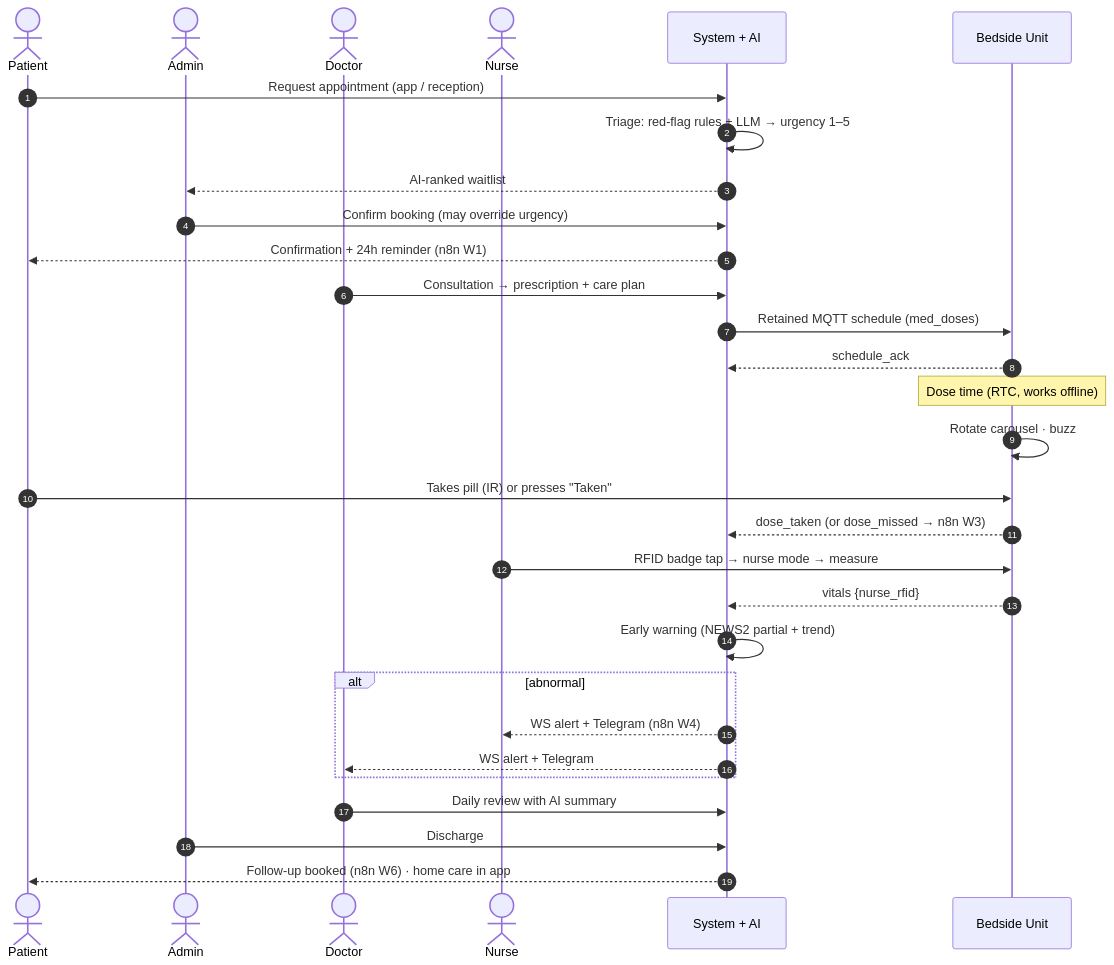
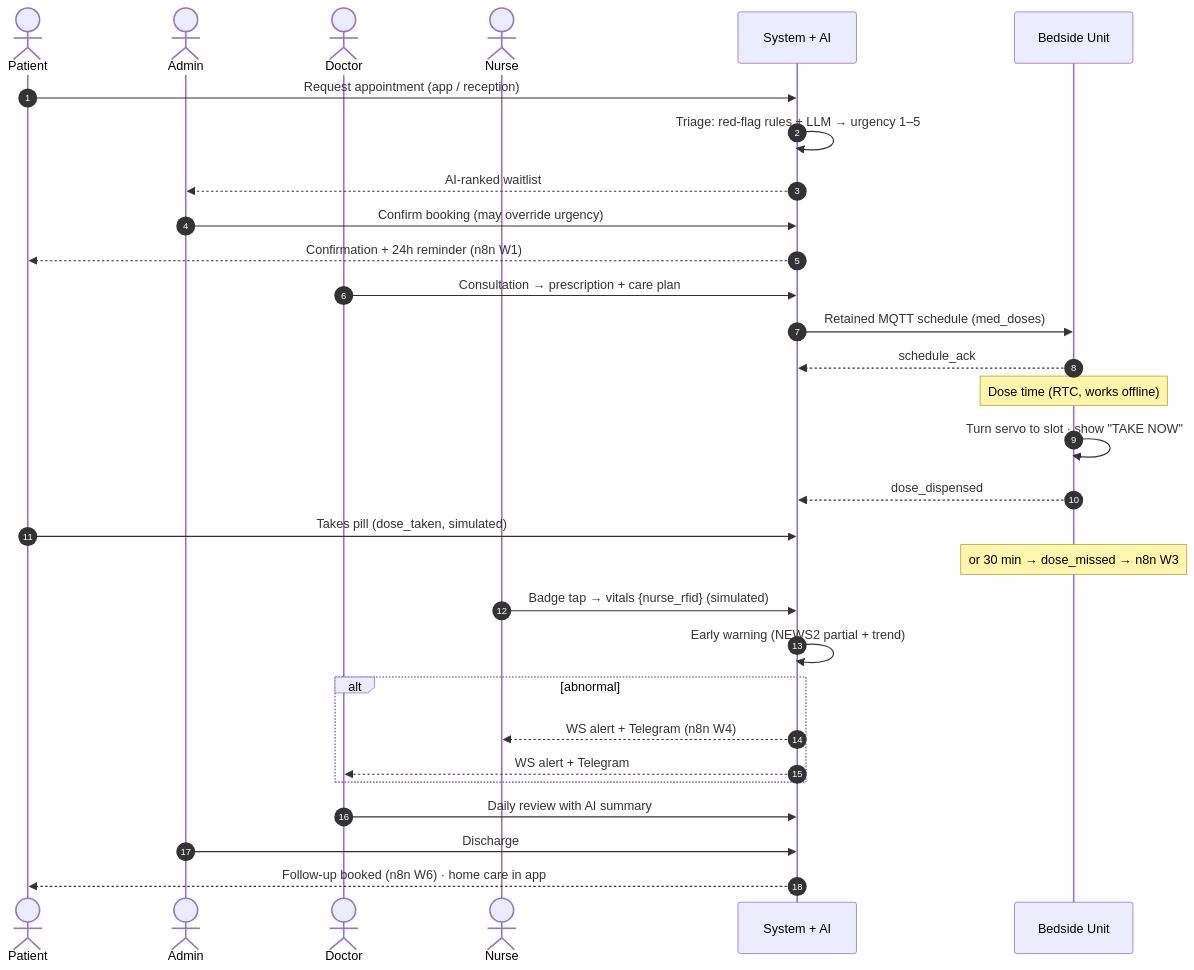
Before and after one commit to Faouzi-Blibech/smarty-hospital-: the third of 5 diagrams in docs/architecture.md, drawn with Mermaid. The commit also changed other lines of this file and 9 other files, not shown here.

````diff
--- a/docs/architecture.md
+++ b/docs/architecture.md
@@ -117,33 +117,33 @@
 ```mermaid
 sequenceDiagram
   autonumber
   actor P as Patient
   actor A as Admin
   actor D as Doctor
   actor N as Nurse
   participant S as System + AI
   participant B as Bedside Unit
 
   P->>S: Request appointment (app / reception)
   S->>S: Triage: red-flag rules + LLM → urgency 1–5
   S-->>A: AI-ranked waitlist
   A->>S: Confirm booking (may override urgency)
   S-->>P: Confirmation + 24h reminder (n8n W1)
   D->>S: Consultation → prescription + care plan
   S->>B: Retained MQTT schedule (med_doses)
   B-->>S: schedule_ack
   Note over B: Dose time (RTC, works offline)
-  B->>B: Rotate carousel · buzz
-  P->>B: Takes pill (IR) or presses "Taken"
-  B-->>S: dose_taken (or dose_missed → n8n W3)
-  N->>B: RFID badge tap → nurse mode → measure
-  B-->>S: vitals {nurse_rfid}
+  B->>B: Turn servo to slot · show "TAKE NOW"
+  B-->>S: dose_dispensed
+  P->>S: Takes pill (dose_taken, simulated)
+  Note over B: or 30 min → dose_missed → n8n W3
+  N->>S: Badge tap → vitals {nurse_rfid} (simulated)
   S->>S: Early warning (NEWS2 partial + trend)
   alt abnormal
     S-->>N: WS alert + Telegram (n8n W4)
     S-->>D: WS alert + Telegram
   end
   D->>S: Daily review with AI summary
   A->>S: Discharge
   S-->>P: Follow-up booked (n8n W6) · home care in app
 ```
````
